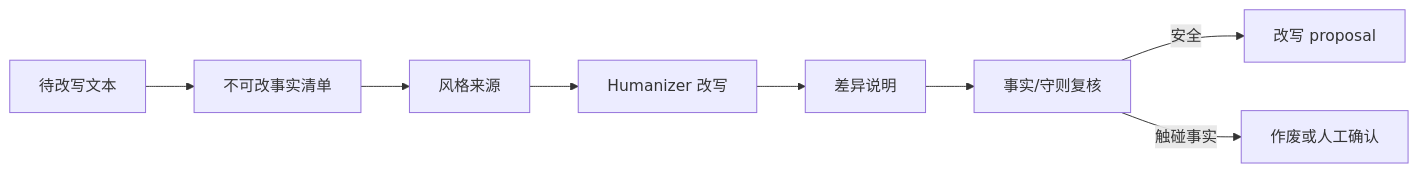
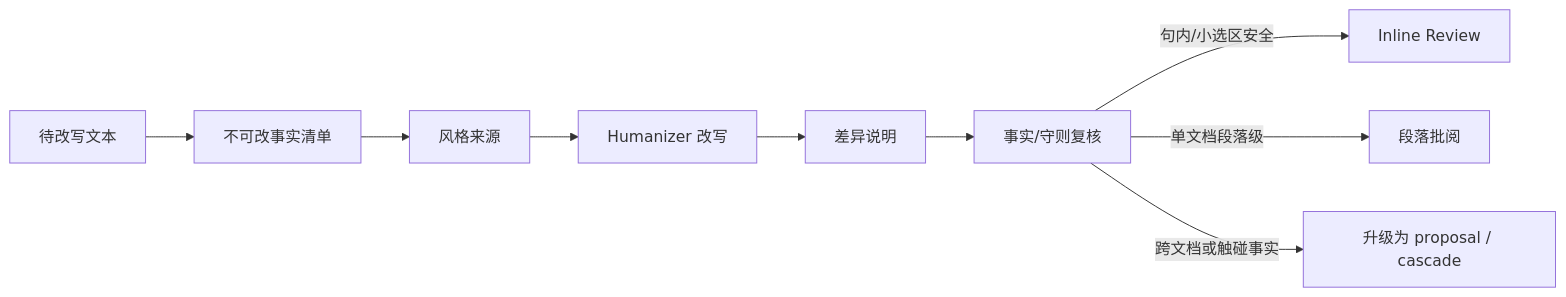
The first of 3 diagrams in spec/S09-style-and-humanizer.md (jinhuang712/open-novel), drawn with Mermaid before and after one commit. The commit also changed other lines of this file and 13 other files, not shown here.

Commit message:
docs: define inline review approval path

````diff
--- a/spec/S09-style-and-humanizer.md
+++ b/spec/S09-style-and-humanizer.md
@@ -19,10 +19,11 @@
 ```mermaid
 flowchart LR
   Source[待改写文本] --> Facts[不可改事实清单]
   Facts --> Style[风格来源]
   Style --> Rewrite[Humanizer 改写]
   Rewrite --> Diff[差异说明]
   Diff --> Guard[事实/守则复核]
-  Guard -->|安全| Proposal[改写 proposal]
-  Guard -->|触碰事实| Reject[作废或人工确认]
+  Guard -->|句内/小选区安全| Inline[Inline Review]
+  Guard -->|单文档段落级| Margin[段落批阅]
+  Guard -->|跨文档或触碰事实| Escalate[升级为 proposal / cascade]
 ```
````
